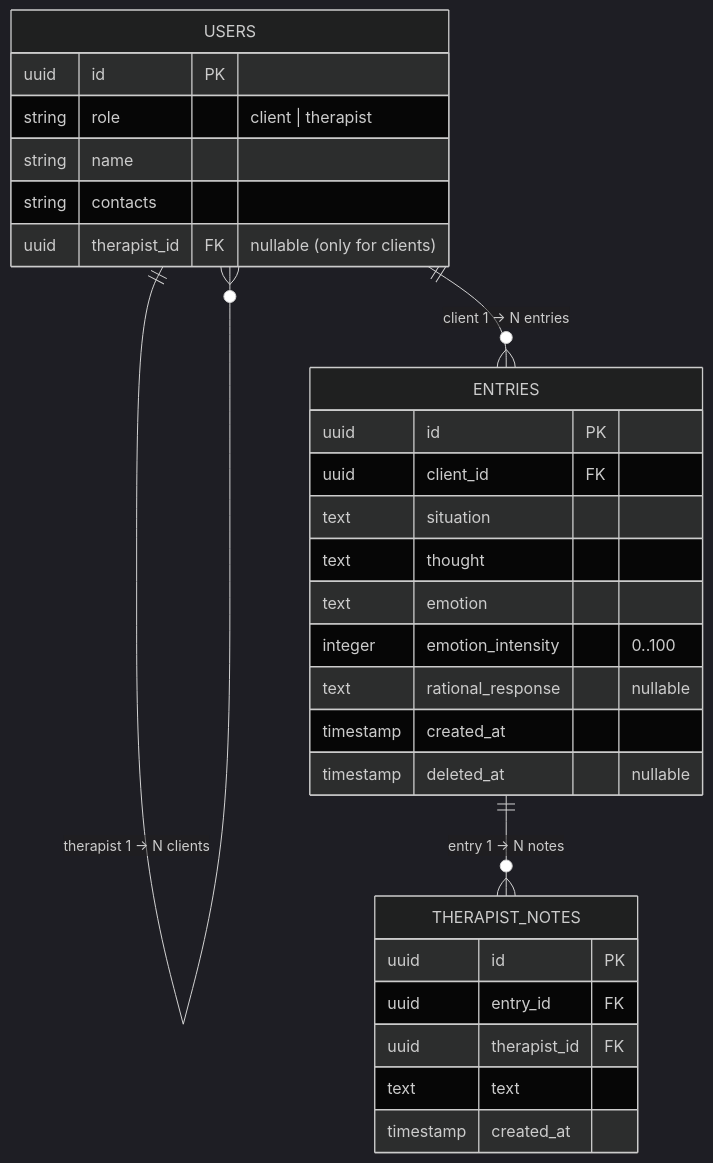
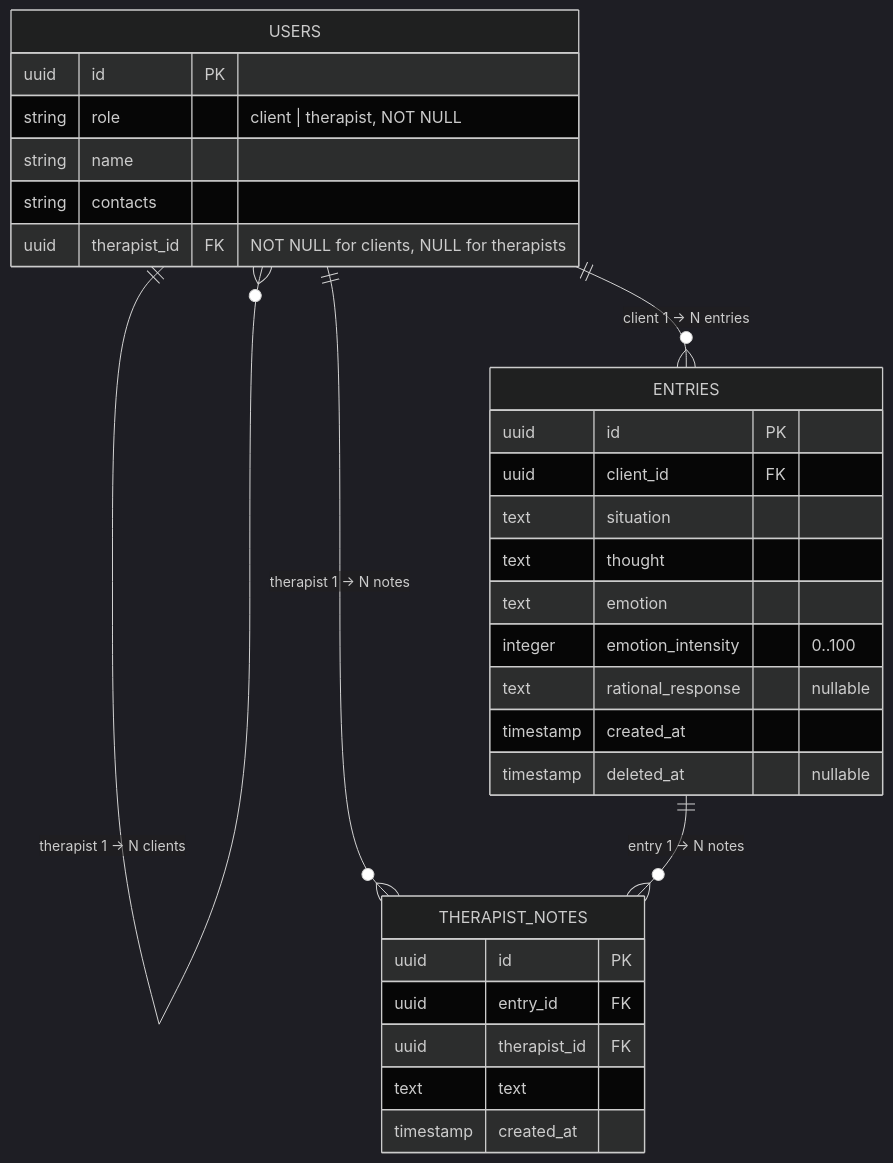
The diagram in spec.md (luvremak/cbt-journal-3d-year), drawn with Mermaid (dark theme) before and after one commit. The commit also changed other lines of this file, not shown here.

````diff
--- a/spec.md
+++ b/spec.md
@@ -67,34 +83,35 @@
 ```mermaid
 erDiagram
     USERS ||--o{ USERS : "therapist 1 -> N clients"
     USERS ||--o{ ENTRIES : "client 1 -> N entries"
+    USERS ||--o{ THERAPIST_NOTES : "therapist 1 -> N notes"
     ENTRIES ||--o{ THERAPIST_NOTES : "entry 1 -> N notes"
 
     USERS {
         uuid id PK
-        string role "client | therapist"
+        string role "client | therapist, NOT NULL"
         string name
         string contacts
-        uuid therapist_id FK "nullable (only for clients)"
+        uuid therapist_id FK "NOT NULL for clients, NULL for therapists"
     }
 
     ENTRIES {
         uuid id PK
         uuid client_id FK
         text situation
         text thought
         text emotion
         integer emotion_intensity "0..100"
         text rational_response "nullable"
         timestamp created_at
         timestamp deleted_at "nullable"
     }
 
     THERAPIST_NOTES {
         uuid id PK
         uuid entry_id FK
         uuid therapist_id FK
         text text
         timestamp created_at
     }
 ```
````
